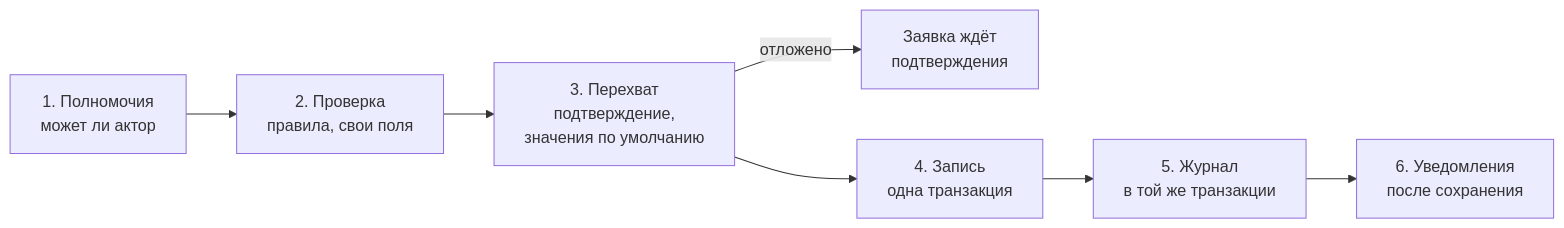
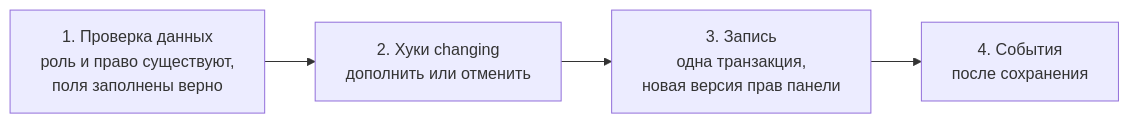
Before and after one commit to axiomasoft/azguard-private: the second of 2 diagrams in audits/2026-09-29-audit/opus/00-overview.md, drawn with Mermaid. The commit also changed other lines of this file and 18 other files, not shown here.

````diff
--- a/audits/2026-09-29-audit/opus/00-overview.md
+++ b/audits/2026-09-29-audit/opus/00-overview.md
@@ -88,9 +136,6 @@
 ```mermaid
 flowchart LR
-    A[1. Полномочия<br/>может ли актор] --> B[2. Проверка<br/>правила, свои поля]
-    B --> C[3. Перехват<br/>подтверждение,<br/>значения по умолчанию]
-    C -- отложено --> P[Заявка ждёт<br/>подтверждения]
-    C --> D[4. Запись<br/>одна транзакция]
-    D --> E[5. Журнал<br/>в той же транзакции]
-    E --> F[6. Уведомления<br/>после сохранения]
+    A[1. Проверка данных<br/>роль и право существуют,<br/>поля заполнены верно] --> B[2. Хуки changing<br/>дополнить или отменить]
+    B --> C[3. Запись<br/>одна транзакция,<br/>новая версия прав панели]
+    C --> D[4. События<br/>после сохранения]
 ```
````
